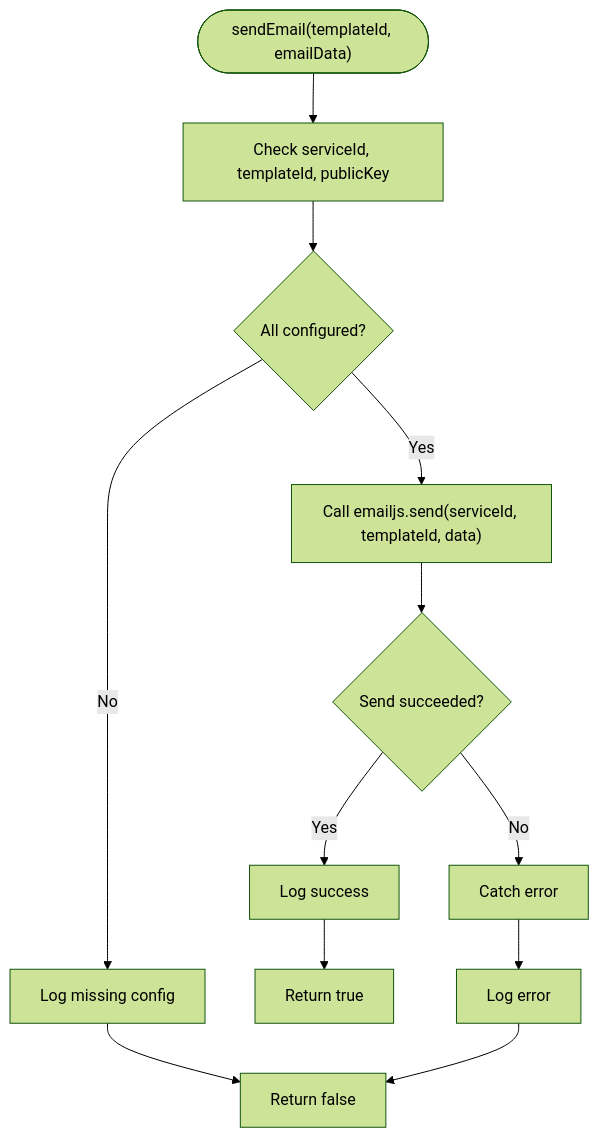
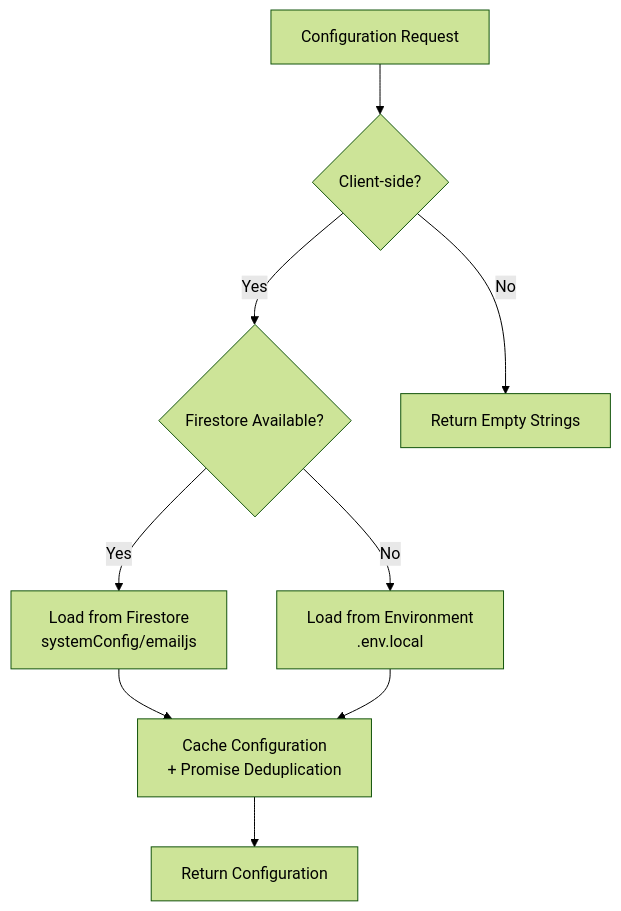
The fourth of 5 diagrams in .qoder/repowiki/en/content/Email & Notification System/Email Service Configuration.md (Unsure-bry/sampacoop_system), drawn with Mermaid (forest theme) before and after one commit. The commit also changed other lines of this file and 12 other files, not shown here.

````diff
--- a/.qoder/repowiki/en/content/Email & Notification System/Email Service Configuration.md
+++ b/.qoder/repowiki/en/content/Email & Notification System/Email Service Configuration.md
@@ -121,10 +235,11 @@
 ```mermaid
-flowchart TD
-Start(["sendEmail(templateId, emailData)"]) --> CheckCfg["Check serviceId, templateId, publicKey"]
-CheckCfg --> CfgOK{"All configured?"}
-CfgOK --> |No| LogErr["Log missing config"] --> ReturnFalse["Return false"]
-CfgOK --> |Yes| CallSend["Call emailjs.send(serviceId, templateId, data)"]
-CallSend --> SendOK{"Send succeeded?"}
-SendOK --> |Yes| LogSuccess["Log success"] --> ReturnTrue["Return true"]
-SendOK --> |No| CatchErr["Catch error"] --> LogCatch["Log error"] --> ReturnFalse
+graph TD
+A["Configuration Request"] --> B{"Client-side?"}
+B --> |Yes| C{"Firestore Available?"}
+B --> |No| G["Return Empty Strings"]
+C --> |Yes| D["Load from Firestore<br/>systemConfig/emailjs"]
+C --> |No| E["Load from Environment<br/>.env.local"]
+D --> F["Cache Configuration<br/>+ Promise Deduplication"]
+E --> F
+F --> H["Return Configuration"]
 ```
````
